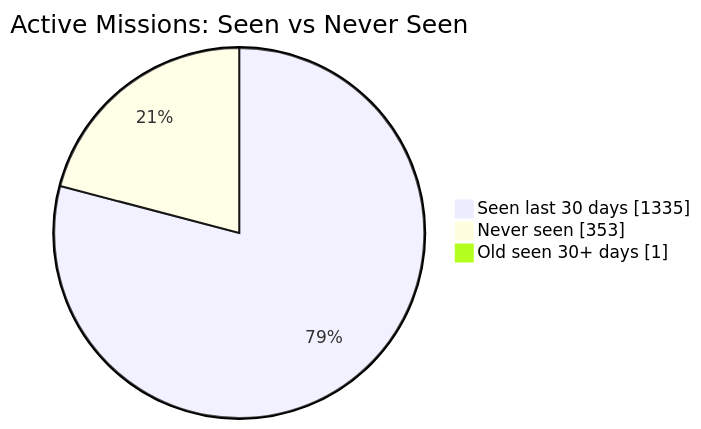
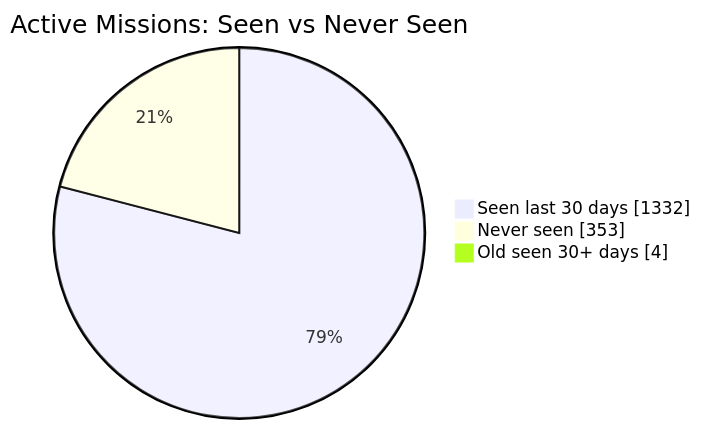
Before and after one commit to MeldkamerspelGameTeam/active-missions: the first of 2 diagrams in README.md, drawn with Mermaid. The commit also changed other lines of this file and 1 other file, not shown here.

````diff
--- a/README.md
+++ b/README.md
@@ -34,7 +34,7 @@
 ```mermaid
 pie showData
     title Active Missions: Seen vs Never Seen
-    "Seen last 30 days" : 1335
+    "Seen last 30 days" : 1332
     "Never seen" : 353
-    "Old seen 30+ days" : 1
+    "Old seen 30+ days" : 4
 ```
````
